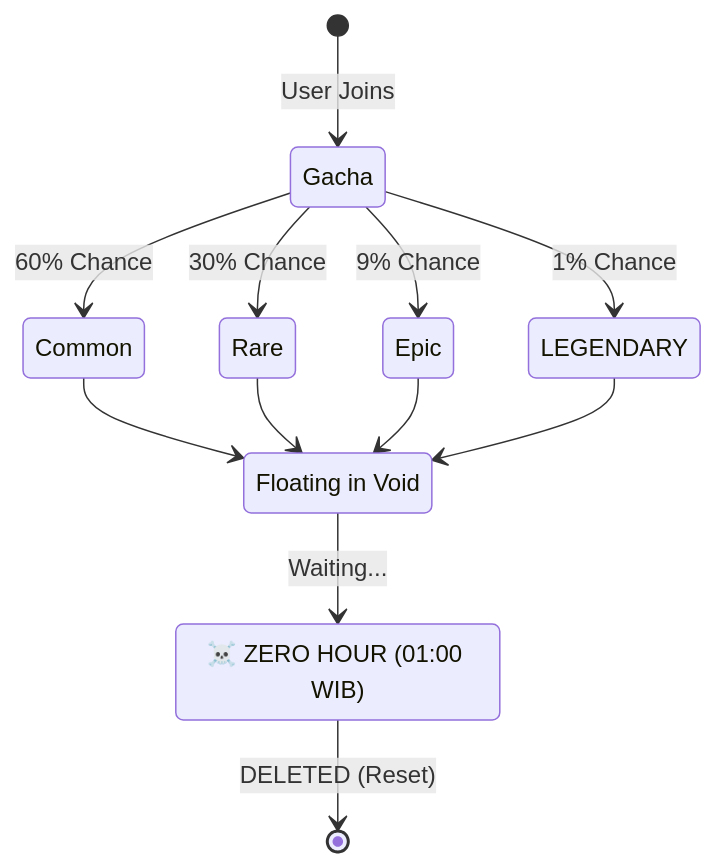
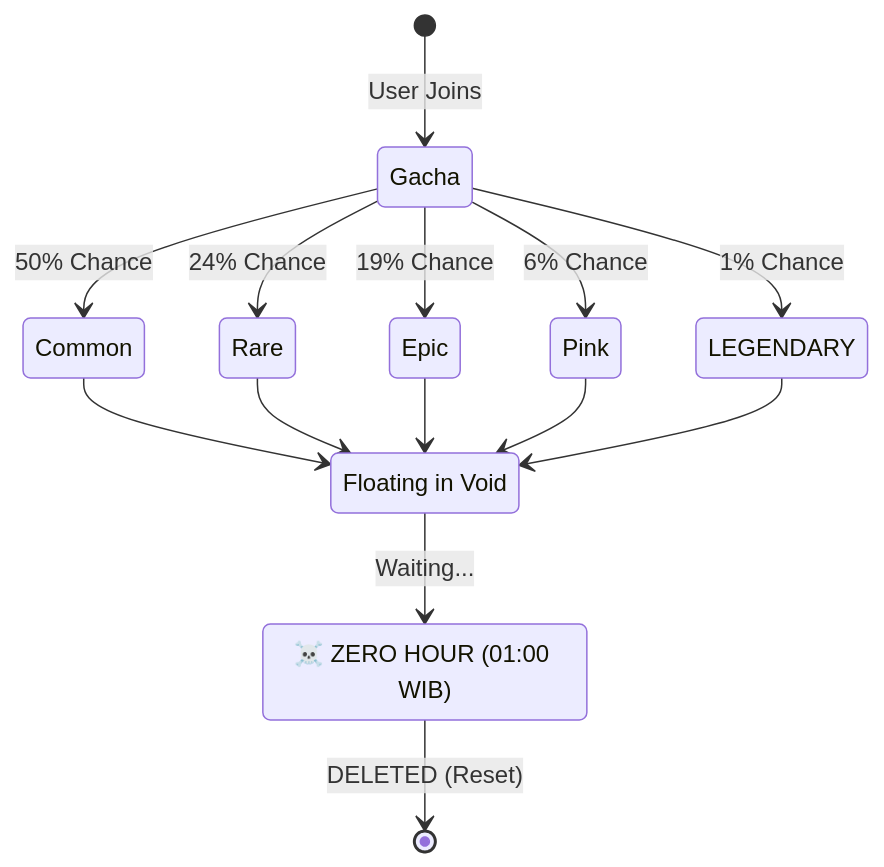
The third of 4 diagrams in README.md (Marvx-US/AsahMemory), drawn with Mermaid before and after one commit. The commit also changed other lines of this file, not shown here.

````diff
--- a/README.md
+++ b/README.md
@@ -81,19 +83,21 @@
 ```mermaid
 stateDiagram-v2
     [*] --> Gacha: User Joins
-    Gacha --> Common: 60% Chance
-    Gacha --> Rare: 30% Chance
-    Gacha --> Epic: 9% Chance
+    Gacha --> Common: 50% Chance
+    Gacha --> Rare: 24% Chance
+    Gacha --> Epic: 19% Chance
+    Gacha --> Pink: 6% Chance
     Gacha --> LEGENDARY: 1% Chance
     
     state "Floating in Void" as Float
     Common --> Float
     Rare --> Float
     Epic --> Float
+    Pink --> Float
     LEGENDARY --> Float
     
     Float --> ZeroHour: Waiting...
     
     state "☠️ ZERO HOUR (01:00 WIB)" as ZeroHour
     ZeroHour --> [*]: DELETED (Reset)
 ```
````
